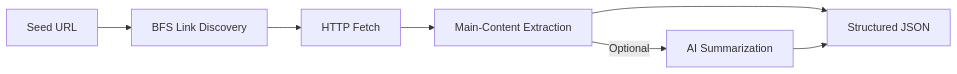
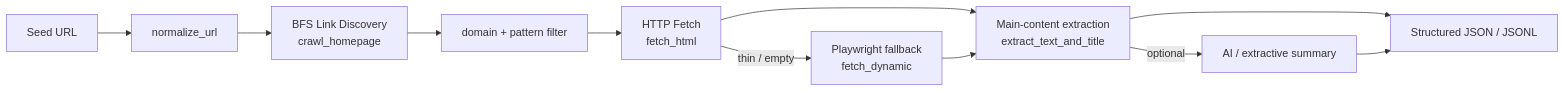
Before and after one commit to hoangsonww/AI-Gov-Content-Curator: the first of 5 diagrams in python_crawler/README.md, drawn with Mermaid. The commit also changed other lines of this file and 55 other files, not shown here.

````diff
--- a/python_crawler/README.md
+++ b/python_crawler/README.md
@@ -26,9 +47,13 @@
 ```mermaid
 flowchart LR
-    Seed[Seed URL] --> Crawl[BFS Link Discovery]
-    Crawl --> Fetch[HTTP Fetch]
-    Fetch --> Extract[Main-Content Extraction]
-    Extract -->|Optional| Summarize[AI Summarization]
-    Extract --> Output[Structured JSON]
+    Seed[Seed URL] --> Norm[normalize_url]
+    Norm --> Crawl[BFS Link Discovery<br/>crawl_homepage]
+    Crawl --> Filter[domain + pattern filter]
+    Filter --> Fetch[HTTP Fetch<br/>fetch_html]
+    Fetch -->|thin / empty| JS[Playwright fallback<br/>fetch_dynamic]
+    Fetch --> Extract[Main-content extraction<br/>extract_text_and_title]
+    JS --> Extract
+    Extract -->|optional| Summarize[AI / extractive summary]
+    Extract --> Output[Structured JSON / JSONL]
     Summarize --> Output
 ```
````
